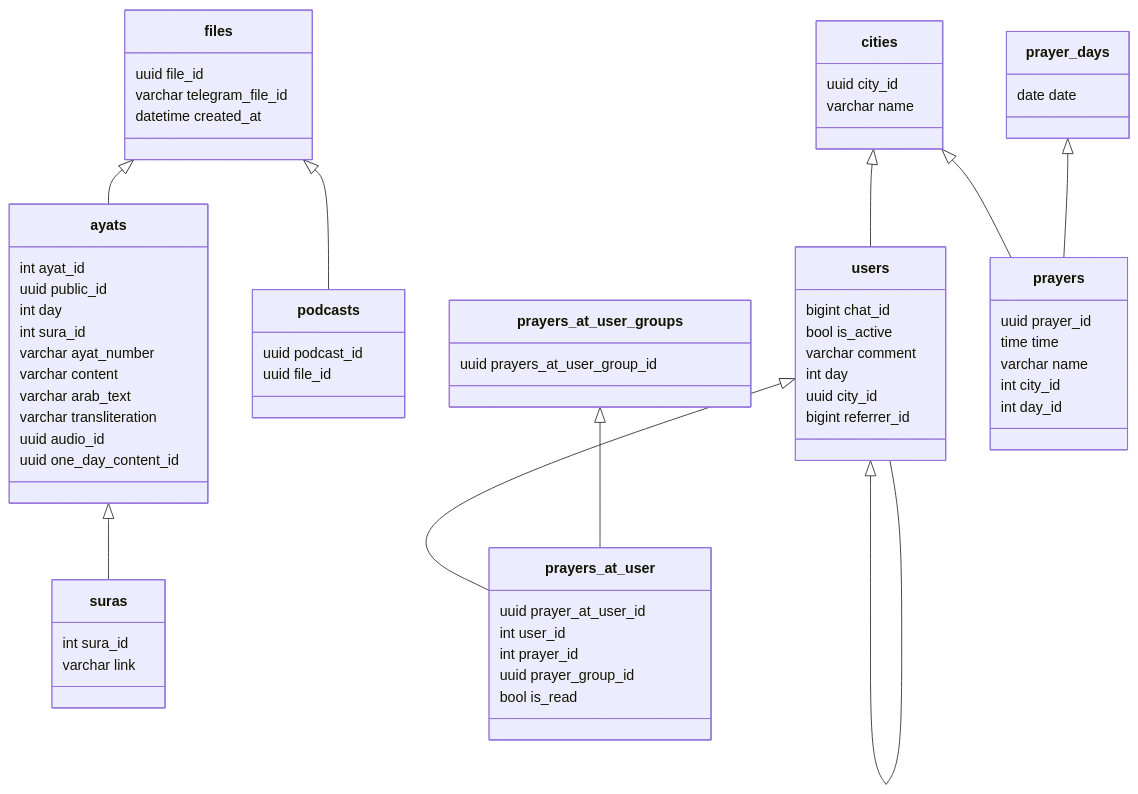
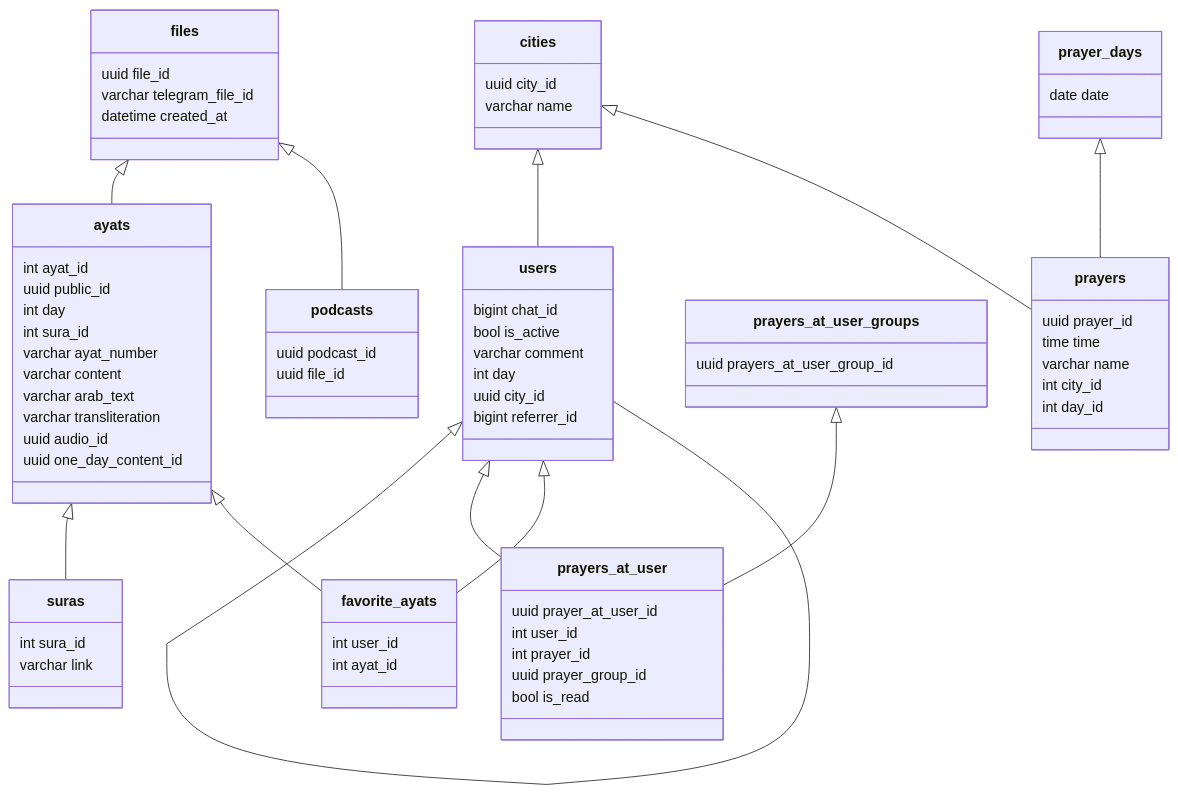
One commit to blablatdinov/tg-quranbot changed the diagram in docs/db_schema_specification.md. Above: the diagram before and after it, drawn with Mermaid.

Commit message:
add favorite ayats in schema

````diff
--- a/docs/db_schema_specification.md
+++ b/docs/db_schema_specification.md
@@ -3,69 +3,75 @@
 ```mermaid
 classDiagram
     files <|-- ayats
     files <|-- podcasts
     users <|-- users
     ayats <|-- suras
     cities <|-- users
     users <|-- prayers_at_user
     prayers_at_user_groups <|-- prayers_at_user
     cities <|-- prayers
     prayer_days <|-- prayers
+    users <|-- favorite_ayats
+    ayats <|-- favorite_ayats
     class ayats{
         int ayat_id
         uuid public_id
         int day
         int sura_id
         varchar ayat_number
         varchar content
         varchar arab_text
         varchar transliteration
         uuid audio_id
         uuid one_day_content_id
+    }
+    class favorite_ayats{
+        int user_id
+        int ayat_id
     }
     class suras{
         int sura_id
         varchar link
     }
     class files{
         uuid file_id
         varchar telegram_file_id
         datetime created_at
     }
     class users{
         bigint chat_id
         bool is_active
         varchar comment
         int day
         uuid city_id
         bigint referrer_id
     }
     class cities{
         uuid city_id
         varchar name
     }
     class podcasts{
         uuid podcast_id
         uuid file_id
     }
     class prayers{
         uuid prayer_id
         time time
         varchar name
         int city_id
         int day_id
     }
     class prayers_at_user{
         uuid prayer_at_user_id
         int user_id
         int prayer_id
         uuid prayer_group_id
         bool is_read
     }
     class prayers_at_user_groups{
         uuid prayers_at_user_group_id
     }
     class prayer_days{
         date date
     }
 ```
````
